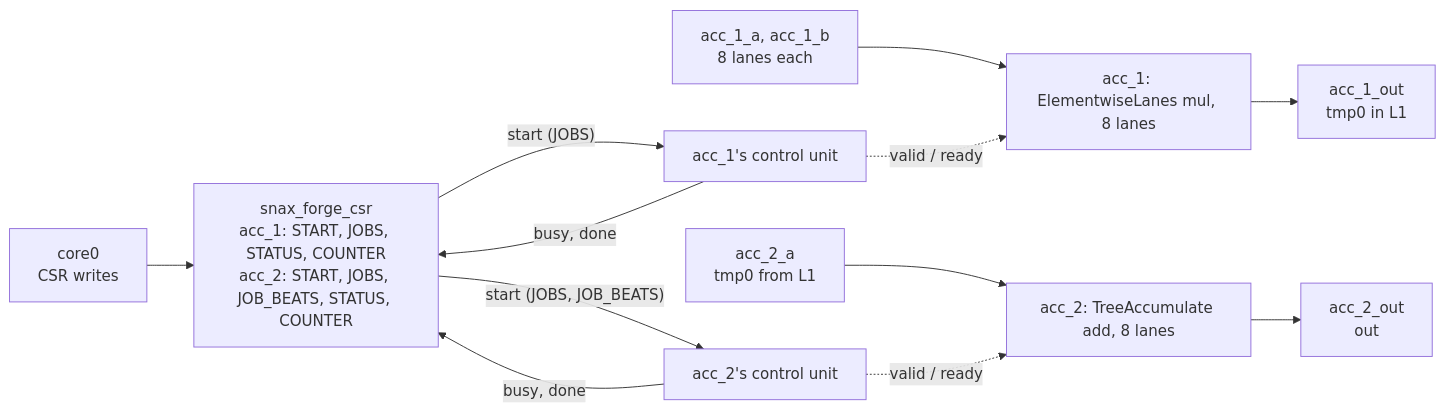
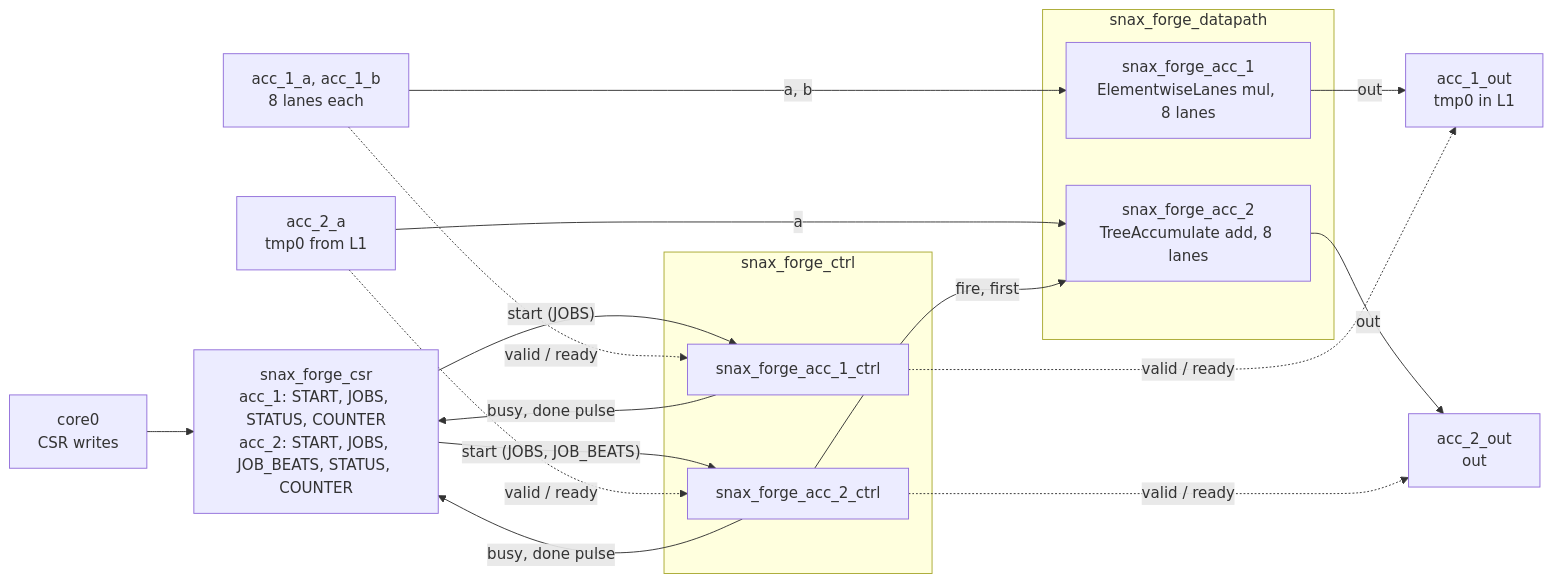
Before and after one commit to KULeuven-MICAS/snax-forge: the diagram in examples/dryrun/2_dot_1.md, drawn with Mermaid. The commit also changed other lines of this file, not shown here.

````diff
--- a/examples/dryrun/2_dot_1.md
+++ b/examples/dryrun/2_dot_1.md
@@ -289,14 +291,25 @@
 ```mermaid
 flowchart LR
   core["core0<br/>CSR writes"] --> csr["snax_forge_csr<br/>acc_1: START, JOBS, STATUS, COUNTER<br/>acc_2: START, JOBS, JOB_BEATS, STATUS, COUNTER"]
-  csr -- "start (JOBS)" --> c1["acc_1's control unit"]
-  csr -- "start (JOBS, JOB_BEATS)" --> c2["acc_2's control unit"]
-  c1 -- "busy, done" --> csr
-  c2 -- "busy, done" --> csr
-  s1a["acc_1_a, acc_1_b<br/>8 lanes each"] --> d1["acc_1: ElementwiseLanes mul, 8 lanes"]
-  d1 --> s1o["acc_1_out<br/>tmp0 in L1"]
-  s2a["acc_2_a<br/>tmp0 from L1"] --> d2["acc_2: TreeAccumulate add, 8 lanes"]
-  d2 --> s2o["acc_2_out<br/>out"]
-  c1 -.->|valid / ready| d1
-  c2 -.->|valid / ready| d2
+  subgraph ctrl["snax_forge_ctrl"]
+    c1["snax_forge_acc_1_ctrl"]
+    c2["snax_forge_acc_2_ctrl"]
+  end
+  subgraph dp["snax_forge_datapath"]
+    d1["snax_forge_acc_1<br/>ElementwiseLanes mul, 8 lanes"]
+    d2["snax_forge_acc_2<br/>TreeAccumulate add, 8 lanes"]
+  end
+  csr -- "start (JOBS)" --> c1
+  csr -- "start (JOBS, JOB_BEATS)" --> c2
+  c1 -- "busy, done pulse" --> csr
+  c2 -- "busy, done pulse" --> csr
+  s1["acc_1_a, acc_1_b<br/>8 lanes each"] -- "a, b" --> d1
+  d1 -- "out" --> s1o["acc_1_out<br/>tmp0 in L1"]
+  s2["acc_2_a<br/>tmp0 from L1"] -- "a" --> d2
+  d2 -- "out" --> s2o["acc_2_out<br/>out"]
+  s1 -. "valid / ready" .-> c1
+  c1 -. "valid / ready" .-> s1o
+  s2 -. "valid / ready" .-> c2
+  c2 -. "valid / ready" .-> s2o
+  c2 -- "fire, first" --> d2
 ```
````
